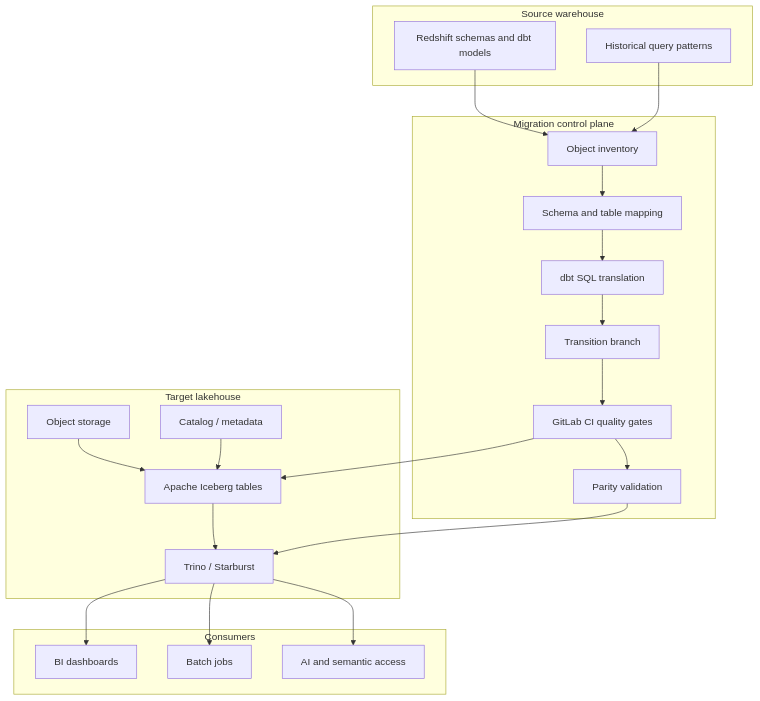
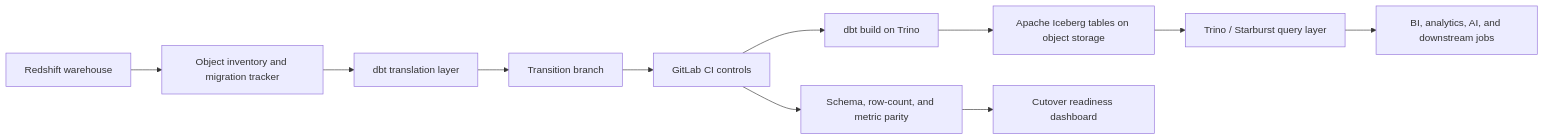
Before and after one commit to dymytryo/warehouse-to-lakehouse-migration: the diagram in README.md, drawn with Mermaid. The commit also changed other lines of this file and 9 other files, not shown here.

Commit message:
Recover migration files from iceberg history

````diff
--- a/README.md
+++ b/README.md
@@ -26,45 +27,14 @@
 ```mermaid
-flowchart TB
-    subgraph Source["Source warehouse"]
-        RS[Redshift schemas and dbt models]
-        RSQ[Historical query patterns]
-    end
+flowchart LR
+    A[Redshift warehouse] --> B[Object inventory and migration tracker]
+    B --> C[dbt translation layer]
+    C --> D[Transition branch]
+    D --> E[GitLab CI controls]
+    E --> F[dbt build on Trino]
+    F --> G[Apache Iceberg tables on object storage]
+    G --> H[Trino / Starburst query layer]
+    H --> I[BI, analytics, AI, and downstream jobs]
 
-    subgraph Migration["Migration control plane"]
-        INV[Object inventory]
-        MAP[Schema and table mapping]
-        TRANS[dbt SQL translation]
-        BRANCH[Transition branch]
-        CI[GitLab CI quality gates]
-        PARITY[Parity validation]
-    end
-
-    subgraph Lakehouse["Target lakehouse"]
-        S3[Object storage]
-        ICE[Apache Iceberg tables]
-        CAT[Catalog / metadata]
-        TRINO[Trino / Starburst]
-    end
-
-    subgraph Consumers["Consumers"]
-        BI[BI dashboards]
-        JOBS[Batch jobs]
-        AI[AI and semantic access]
-    end
-
-    RS --> INV
-    RSQ --> INV
-    INV --> MAP
-    MAP --> TRANS
-    TRANS --> BRANCH
-    BRANCH --> CI
-    CI --> ICE
-    S3 --> ICE
-    CAT --> ICE
-    ICE --> TRINO
-    TRINO --> BI
-    TRINO --> JOBS
-    TRINO --> AI
-    CI --> PARITY
-    PARITY --> TRINO
+    E --> J[Schema, row-count, and metric parity]
+    J --> K[Cutover readiness dashboard]
 ```
````
